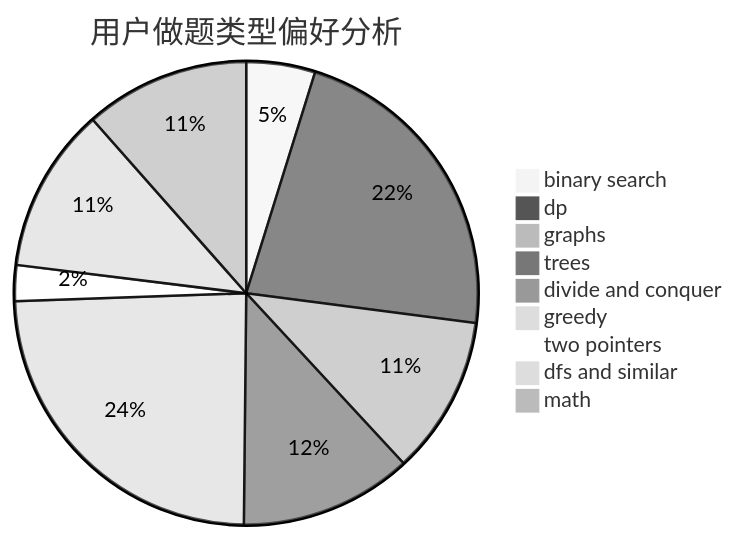
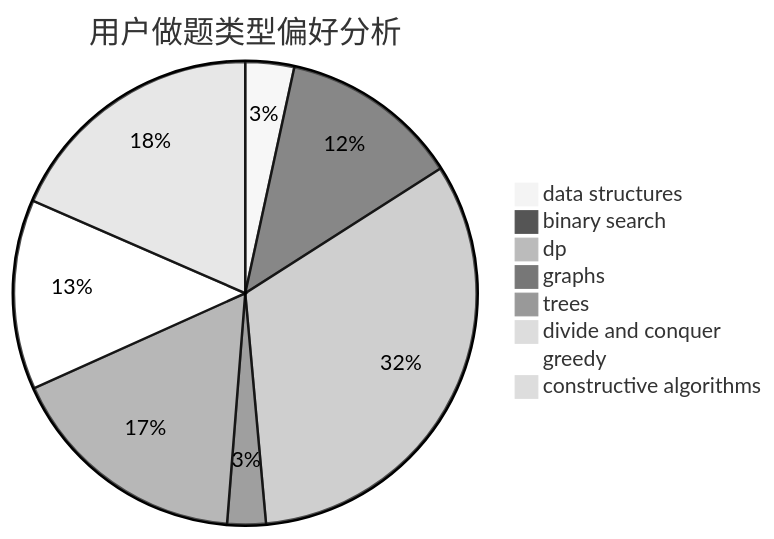
One commit to sherpahu/cfrs.github.io changed the second of 3 diagrams in docs/user/u1944.md. Above: the diagram before and after it, drawn with Mermaid (neutral theme). The commit also changed other lines of this file and 2775 other files, not shown here.

````diff
--- a/docs/user/u1944.md
+++ b/docs/user/u1944.md
@@ -23,12 +23,11 @@
 ```mermaid
 pie title 用户做题类型偏好分析
-    "binary search" :  73
-    "dp" :  338
-    "graphs" :  168
-    "trees" :  183
-    "divide and conquer" :  11
-    "greedy" :  369
-    "two pointers" :  38
-    "dfs and similar" :  175
-    "math" :  175
+    "data structures" :  19
+    "binary search" :  70
+    "dp" :  182
+    "graphs" :  15
+    "trees" :  95
+    "divide and conquer" :  5
+    "greedy" :  74
+    "constructive algorithms" :  103
 ```
````
